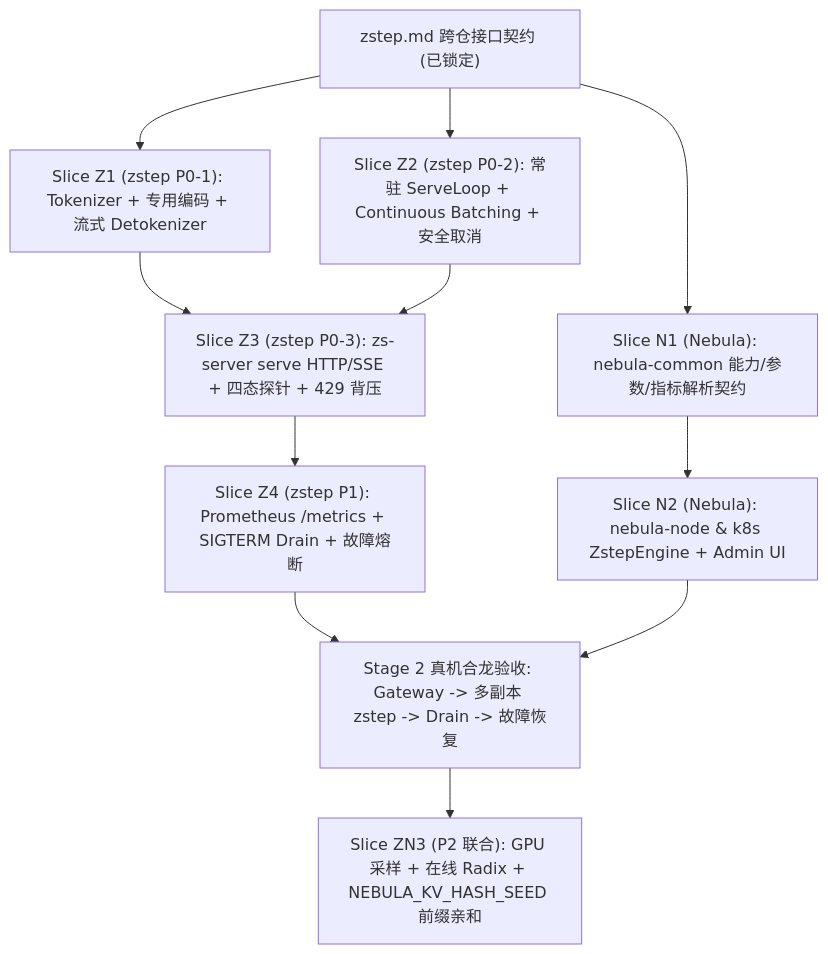
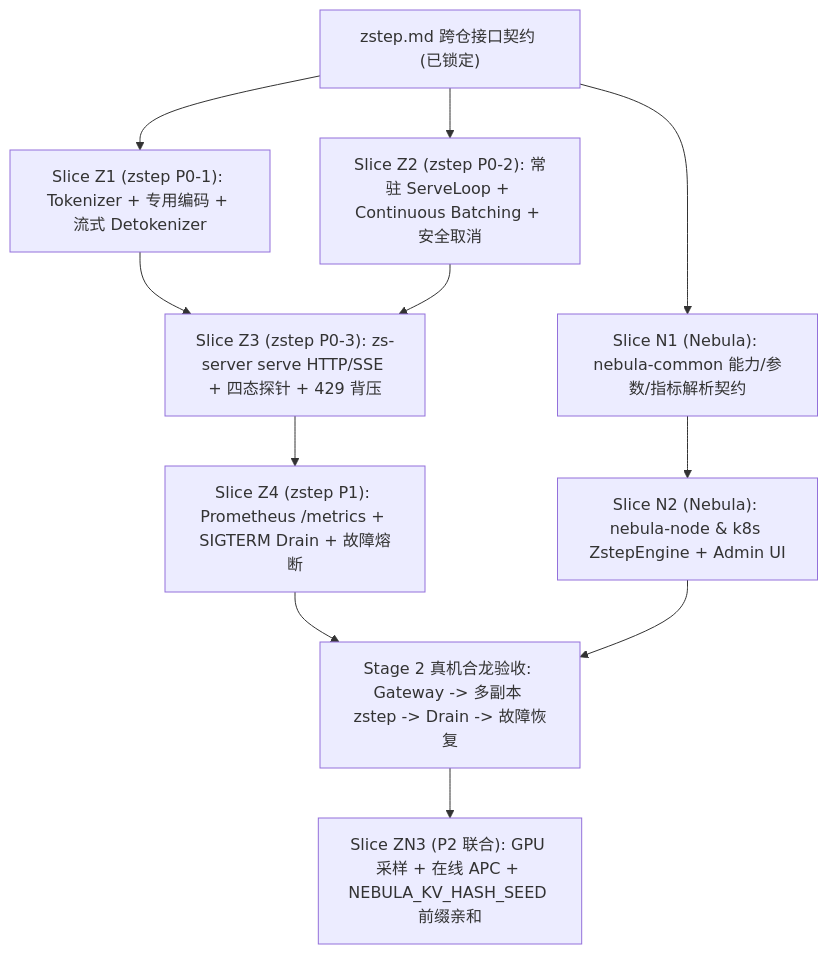
One commit to EeroEternal/nebula changed the diagram in docs/dev/zstep-plan.md. Above: the diagram before and after it, drawn with Mermaid. The commit also changed other lines of this file and 4 other files, not shown here.

````diff
--- a/docs/dev/zstep-plan.md
+++ b/docs/dev/zstep-plan.md
@@ -29,23 +29,23 @@
 ```mermaid
 flowchart TD
     Contract["zstep.md 跨仓接口契约 (已锁定)"]
     Z1["Slice Z1 (zstep P0-1): Tokenizer + 专用编码 + 流式 Detokenizer"]
     Z2["Slice Z2 (zstep P0-2): 常驻 ServeLoop + Continuous Batching + 安全取消"]
     Z3["Slice Z3 (zstep P0-3): zs-server serve HTTP/SSE + 四态探针 + 429 背压"]
     Z4["Slice Z4 (zstep P1): Prometheus /metrics + SIGTERM Drain + 故障熔断"]
     N1["Slice N1 (Nebula): nebula-common 能力/参数/指标解析契约"]
     N2["Slice N2 (Nebula): nebula-node & k8s ZstepEngine + Admin UI"]
     E2E["Stage 2 真机合龙验收: Gateway -> 多副本 zstep -> Drain -> 故障恢复"]
-    ZN3["Slice ZN3 (P2 联合): GPU 采样 + 在线 Radix + NEBULA_KV_HASH_SEED 前缀亲和"]
+    ZN3["Slice ZN3 (P2 联合): GPU 采样 + 在线 APC + NEBULA_KV_HASH_SEED 前缀亲和"]
 
     Contract --> Z1
     Contract --> Z2
     Contract --> N1
     Z1 --> Z3
     Z2 --> Z3
     Z3 --> Z4
     N1 --> N2
     Z4 --> E2E
     N2 --> E2E
     E2E --> ZN3
 ```
````
